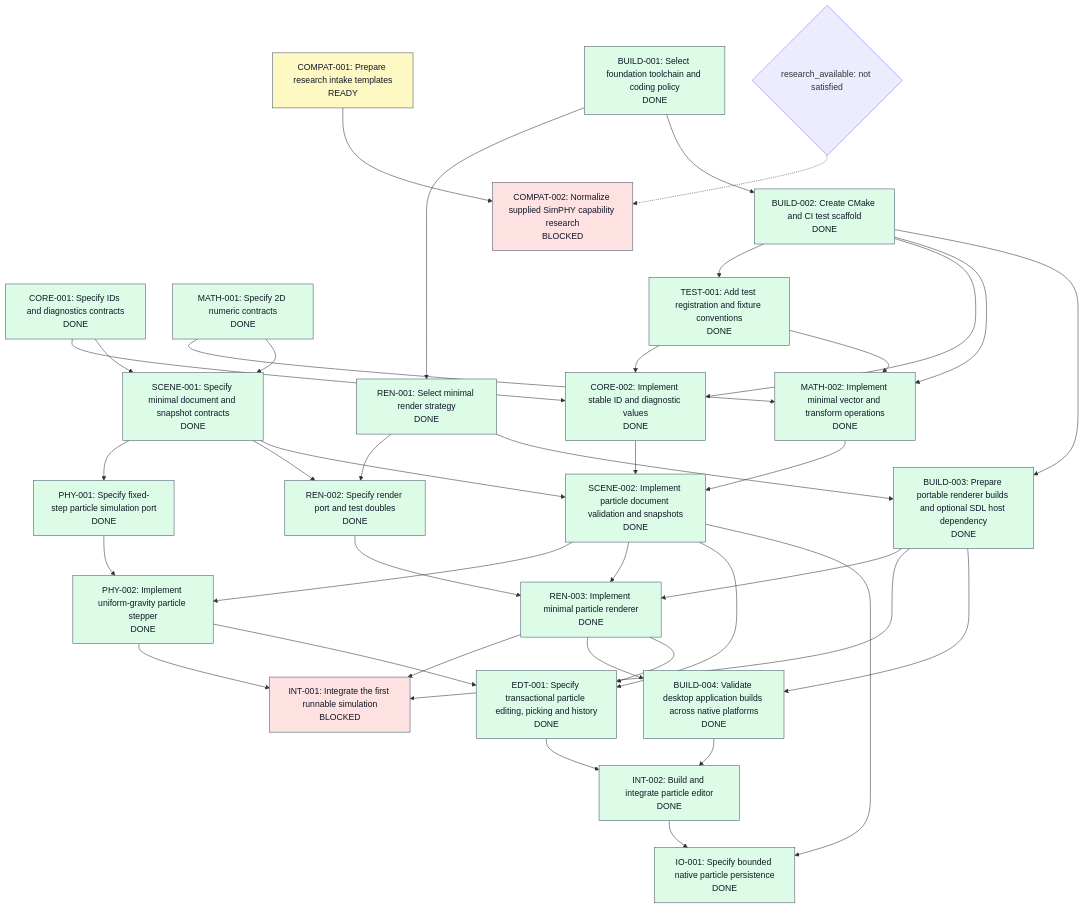
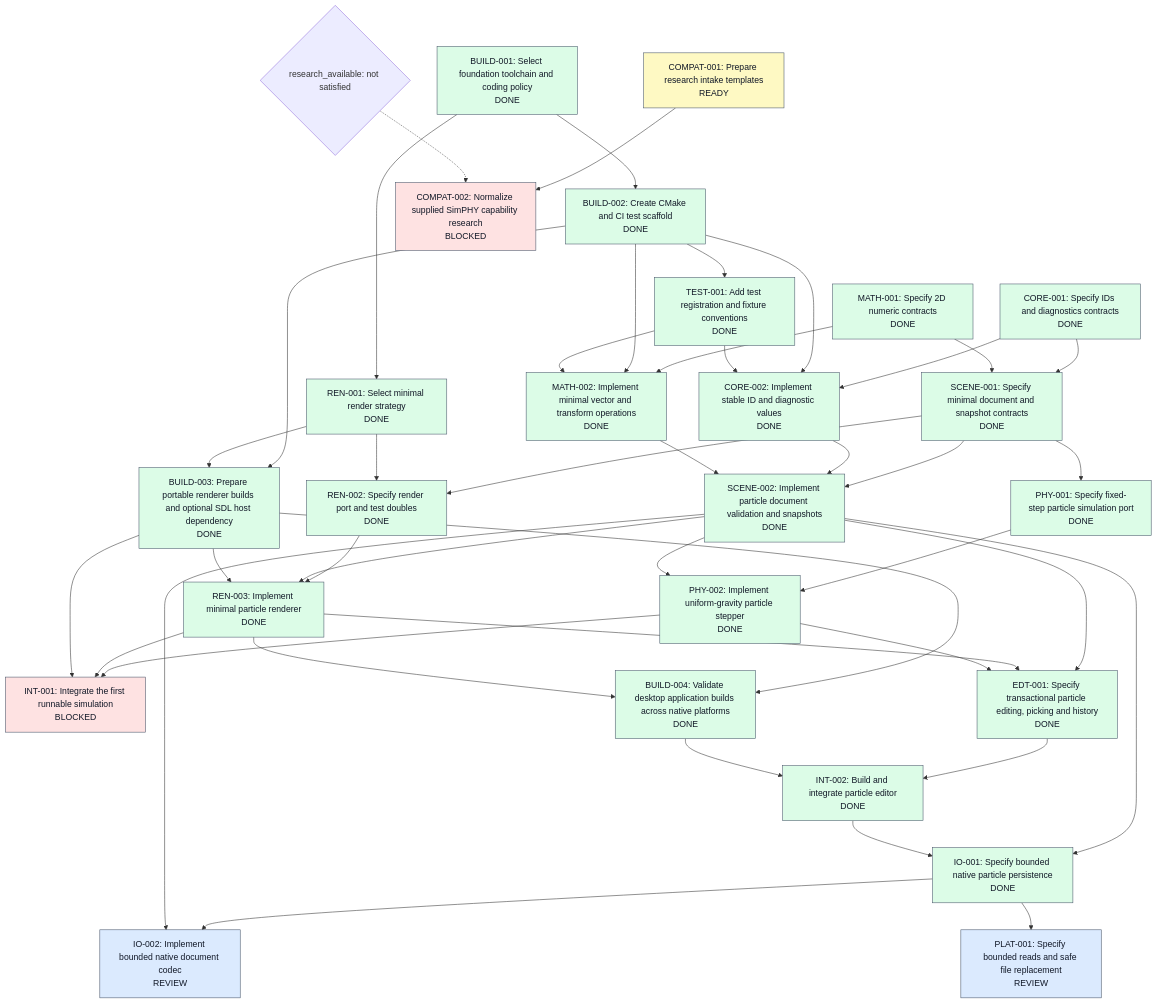
The first of 2 diagrams in tasks/graph.md (JnJarvis/open-simphy), drawn with Mermaid before and after one commit. The commit also changed other lines of this file and 4 other files, not shown here.

Commit message:
Record codec validation and file transaction review queue

````diff
--- a/tasks/graph.md
+++ b/tasks/graph.md
@@ -14,73 +15,78 @@
 ```mermaid
 flowchart TD
   BUILD_001["BUILD-001: Select foundation toolchain and coding policy<br/>DONE"]
   CORE_001["CORE-001: Specify IDs and diagnostics contracts<br/>DONE"]
   MATH_001["MATH-001: Specify 2D numeric contracts<br/>DONE"]
   REN_001["REN-001: Select minimal render strategy<br/>DONE"]
   COMPAT_001["COMPAT-001: Prepare research intake templates<br/>READY"]
   BUILD_002["BUILD-002: Create CMake and CI test scaffold<br/>DONE"]
   TEST_001["TEST-001: Add test registration and fixture conventions<br/>DONE"]
   CORE_002["CORE-002: Implement stable ID and diagnostic values<br/>DONE"]
   MATH_002["MATH-002: Implement minimal vector and transform operations<br/>DONE"]
   SCENE_001["SCENE-001: Specify minimal document and snapshot contracts<br/>DONE"]
   PHY_001["PHY-001: Specify fixed-step particle simulation port<br/>DONE"]
   REN_002["REN-002: Specify render port and test doubles<br/>DONE"]
   SCENE_002["SCENE-002: Implement particle document validation and snapshots<br/>DONE"]
   PHY_002["PHY-002: Implement uniform-gravity particle stepper<br/>DONE"]
   REN_003["REN-003: Implement minimal particle renderer<br/>DONE"]
   INT_001["INT-001: Integrate the first runnable simulation<br/>BLOCKED"]
   COMPAT_002["COMPAT-002: Normalize supplied SimPHY capability research<br/>BLOCKED"]
   BUILD_003["BUILD-003: Prepare portable renderer builds and optional SDL host dependency<br/>DONE"]
   BUILD_004["BUILD-004: Validate desktop application builds across native platforms<br/>DONE"]
   EDT_001["EDT-001: Specify transactional particle editing, picking and history<br/>DONE"]
   INT_002["INT-002: Build and integrate particle editor<br/>DONE"]
   IO_001["IO-001: Specify bounded native particle persistence<br/>DONE"]
+  IO_002["IO-002: Implement bounded native document codec<br/>REVIEW"]
+  PLAT_001["PLAT-001: Specify bounded reads and safe file replacement<br/>REVIEW"]
   BUILD_001 --> REN_001
   BUILD_001 --> BUILD_002
   BUILD_002 --> TEST_001
   CORE_001 --> CORE_002
   BUILD_002 --> CORE_002
   TEST_001 --> CORE_002
   MATH_001 --> MATH_002
   BUILD_002 --> MATH_002
   TEST_001 --> MATH_002
   CORE_001 --> SCENE_001
   MATH_001 --> SCENE_001
   SCENE_001 --> PHY_001
   SCENE_001 --> REN_002
   REN_001 --> REN_002
   SCENE_001 --> SCENE_002
   CORE_002 --> SCENE_002
   MATH_002 --> SCENE_002
   PHY_001 --> PHY_002
   SCENE_002 --> PHY_002
   REN_002 --> REN_003
   SCENE_002 --> REN_003
   BUILD_003 --> REN_003
   PHY_002 --> INT_001
   REN_003 --> INT_001
   BUILD_003 --> INT_001
   COMPAT_001 --> COMPAT_002
   BUILD_002 --> BUILD_003
   REN_001 --> BUILD_003
   BUILD_003 --> BUILD_004
   REN_003 --> BUILD_004
   SCENE_002 --> EDT_001
   REN_003 --> EDT_001
   PHY_002 --> EDT_001
   EDT_001 --> INT_002
   BUILD_004 --> INT_002
   SCENE_002 --> IO_001
   INT_002 --> IO_001
+  IO_001 --> IO_002
+  SCENE_002 --> IO_002
+  IO_001 --> PLAT_001
   gate_research_available{"research_available: not satisfied"}
   gate_research_available -.-> COMPAT_002
   classDef DONE fill:#dcfce7,stroke:#475569,color:#111827
-  class BUILD_001,CORE_001,MATH_001,REN_001,BUILD_002,TEST_001,CORE_002,MATH_002,SCENE_001,PHY_001,REN_002,SCENE_002,PHY_002,REN_003,BUILD_003,BUILD_004,EDT_001,INT_002 DONE
+  class BUILD_001,CORE_001,MATH_001,REN_001,BUILD_002,TEST_001,CORE_002,MATH_002,SCENE_001,PHY_001,REN_002,SCENE_002,PHY_002,REN_003,BUILD_003,BUILD_004,EDT_001,INT_002,IO_001 DONE
   classDef REVIEW fill:#dbeafe,stroke:#475569,color:#111827
-  class IO_001 DONE
+  class IO_002,PLAT_001 REVIEW
   classDef READY fill:#fef9c3,stroke:#475569,color:#111827
   class COMPAT_001 READY
   classDef BLOCKED fill:#fee2e2,stroke:#475569,color:#111827
   class INT_001,COMPAT_002 BLOCKED
   classDef IN_PROGRESS fill:#ede9fe,stroke:#475569,color:#111827
 ```
````
